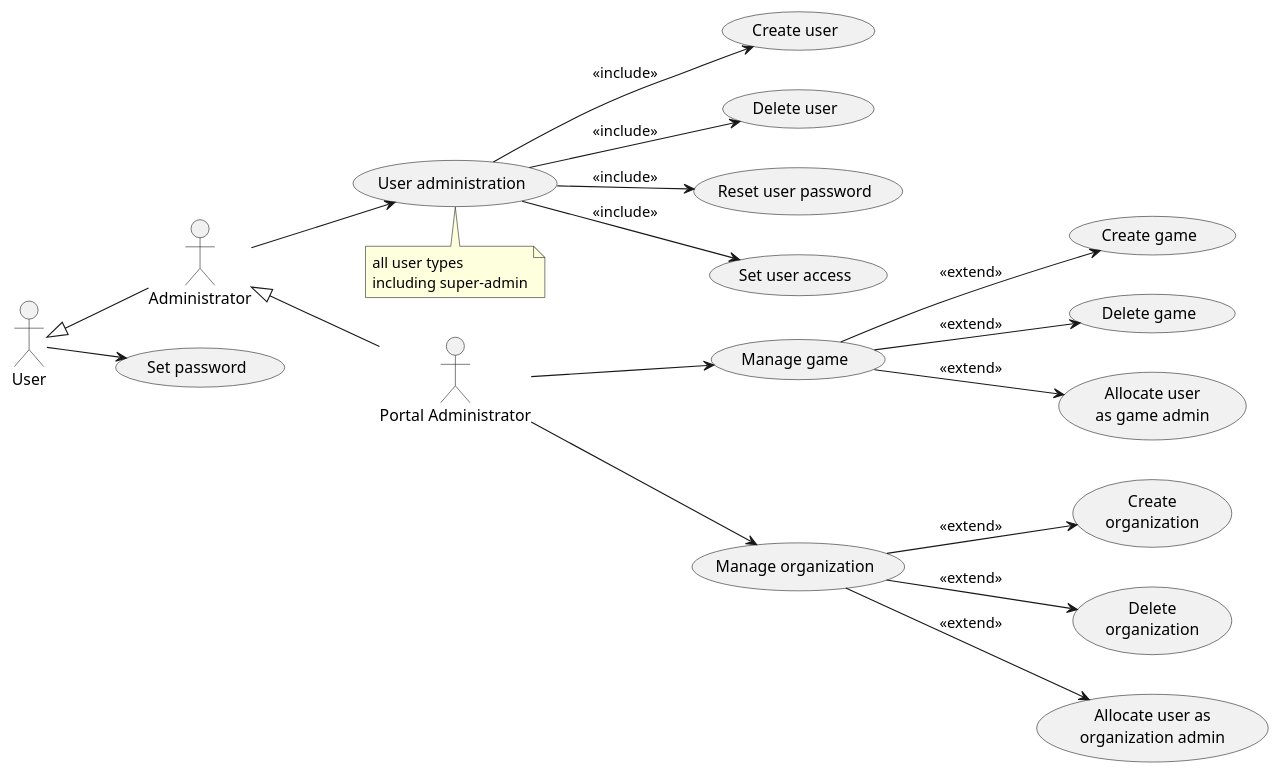
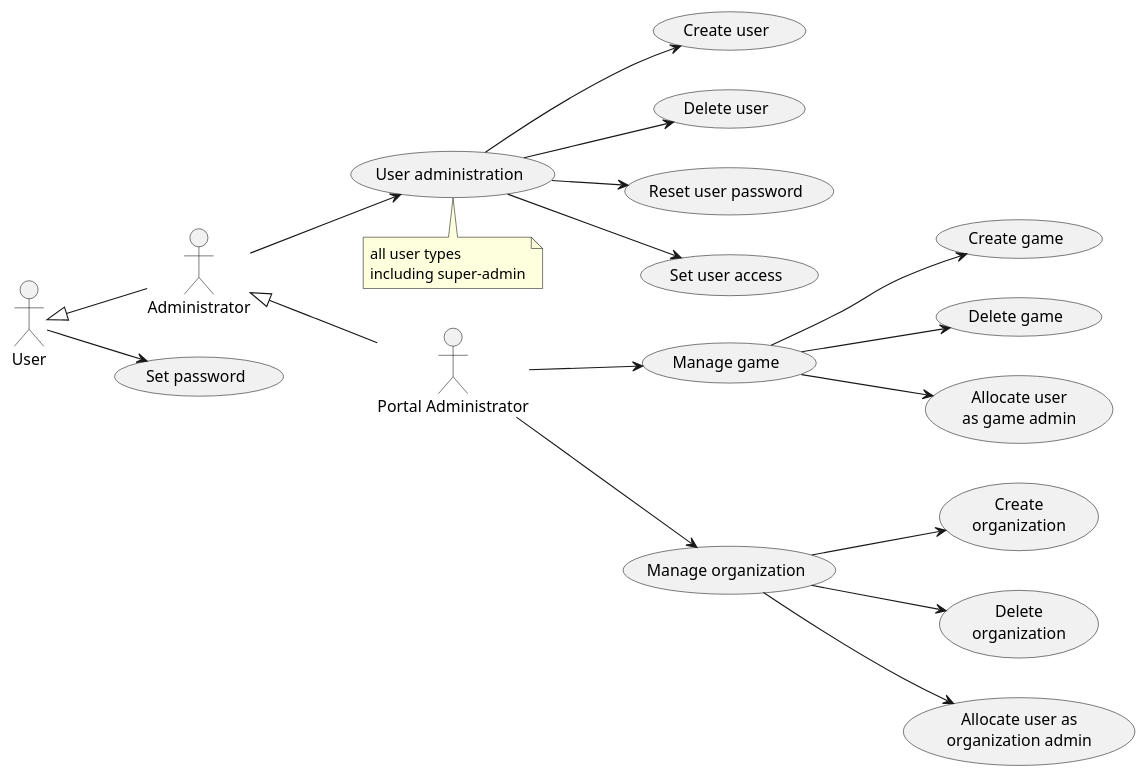
The diagram in doc/1-use-cases/diagrams/portal-administration.puml (averbraeck/gscg-design), drawn with PlantUML before and after one commit. The commit also changed 5 other files, not shown here.

Commit message:
Issue #13. Simplify diagrams by removing <<include>> and <<extend>> labels

```diff
--- a/doc/1-use-cases/diagrams/portal-administration.puml
+++ b/doc/1-use-cases/diagrams/portal-administration.puml
@@ -1,31 +1,31 @@
 @startuml
 left to right direction
 
 "Portal Administrator" as PA
 User <|-- Administrator
 Administrator <|-- PA
 
 User --> (Set password)
 
 Administrator --> (User administration)
 note bottom
   all user types
   including super-admin
 end note
 
-(User administration) --> (Create user) : << include >>
-(User administration) --> (Delete user) : << include >>
-(User administration) --> (Reset user password) : << include >>
-(User administration) --> (Set user access) : << include >>
+(User administration) --> (Create user)
+(User administration) --> (Delete user)
+(User administration) --> (Reset user password)
+(User administration) --> (Set user access)
 
 PA --> (Manage game)
-(Manage game) --> (Create game) : << extend >>
-(Manage game) --> (Delete game) : << extend >>
-(Manage game) --> (Allocate user\nas game admin) : << extend >>
+(Manage game) --> (Create game)
+(Manage game) --> (Delete game)
+(Manage game) --> (Allocate user\nas game admin)
 
 PA --> (Manage organization)
-(Manage organization) --> (Create\norganization) : << extend >>
-(Manage organization) --> (Delete\norganization) : << extend >>
-(Manage organization) --> (Allocate user as\norganization admin) : << extend >>
+(Manage organization) --> (Create\norganization)
+(Manage organization) --> (Delete\norganization)
+(Manage organization) --> (Allocate user as\norganization admin)
 
 @enduml
```
